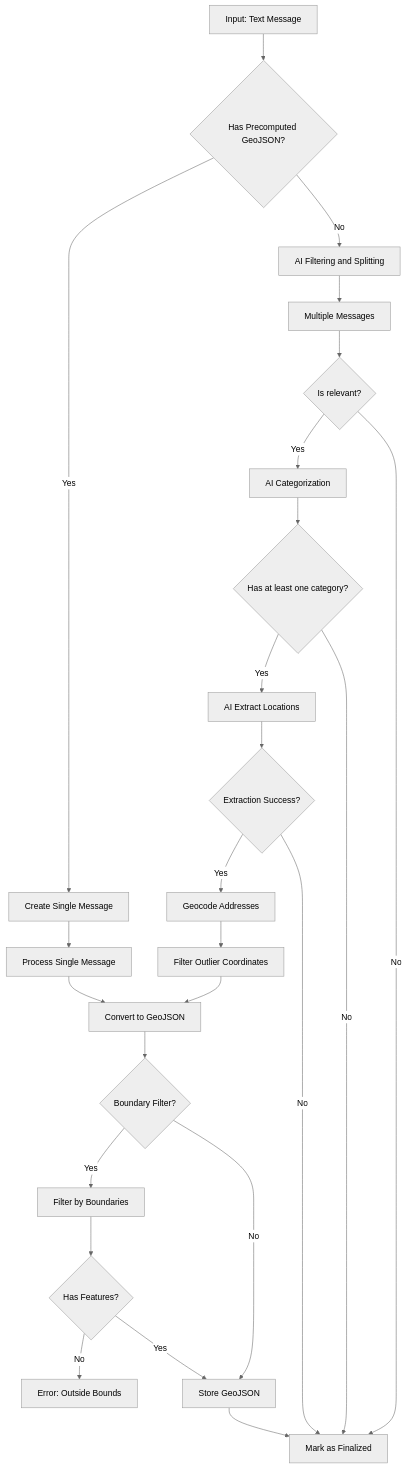
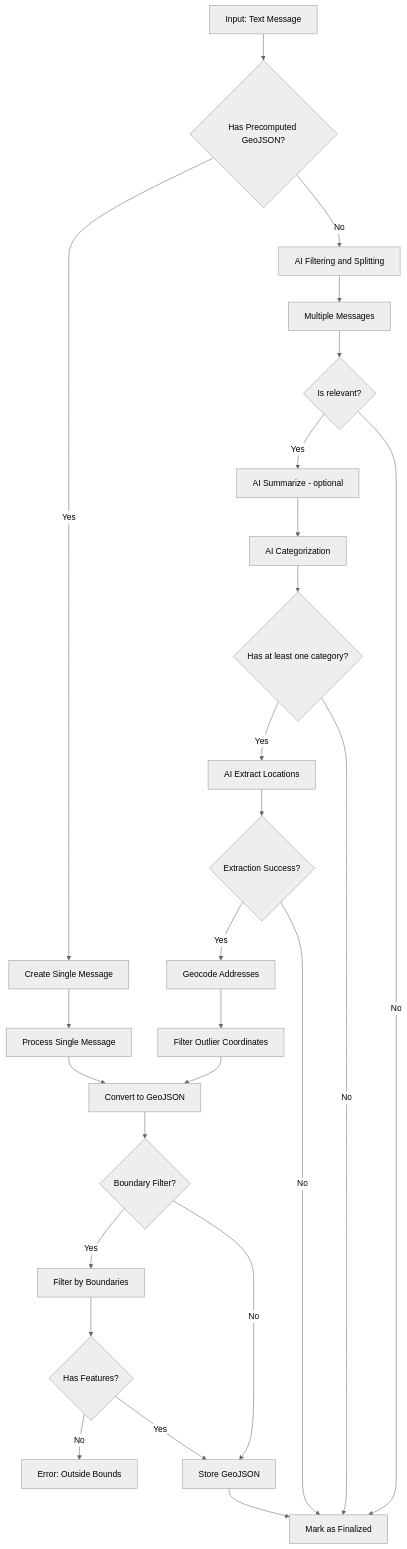
Before and after one commit to vbuch/oboapp: the diagram in ingest/messageIngest/README.md, drawn with Mermaid (neutral theme). The commit also changed other lines of this file and 9 other files, not shown here.

````diff
--- a/ingest/messageIngest/README.md
+++ b/ingest/messageIngest/README.md
@@ -7,37 +7,39 @@
 ```mermaid
 flowchart TD
     A[Input: Text Message] --> B{Has Precomputed GeoJSON?}
 
     B -->|Yes| C[Create Single Message]
     C --> E[Process Single Message]
     B -->|No| AI_FILTERING_AND_SPLITTING[AI Filtering and Splitting]
 
     AI_FILTERING_AND_SPLITTING --> AI_SPLITTING[Multiple Messages]
 
     AI_SPLITTING --> AI_FILTERING{Is relevant?}
-    AI_FILTERING -->|Yes| AI_CATEGORIZATION[AI Categorization]
+    AI_FILTERING -->|Yes| AI_SUMMARIZE[AI Summarize - optional]
     AI_FILTERING -->|No| FINALIZE[Mark as Finalized]
+
+    AI_SUMMARIZE --> AI_CATEGORIZATION[AI Categorization]
 
     AI_CATEGORIZATION --> AI_SPLIT_FILTER{Has at least one category?}
     AI_SPLIT_FILTER -->|Yes| EXTRACT_DATA[AI Extract Locations]
     AI_SPLIT_FILTER -->|No| FINALIZE
 
     EXTRACT_DATA --> P{Extraction Success?}
 
     P -->|Yes| S[Geocode Addresses]
     S --> T[Filter Outlier Coordinates]
     T --> V[Convert to GeoJSON]
 
     P -->|No| FINALIZE
 
     E --> V
     V --> W{Boundary Filter?}
     W -->|Yes| X[Filter by Boundaries]
     W -->|No| Y[Store GeoJSON]
 
     X --> Z{Has Features?}
     Z -->|No| AA[Error: Outside Bounds]
     Z -->|Yes| Y
 
     Y --> FINALIZE
 ```
````
